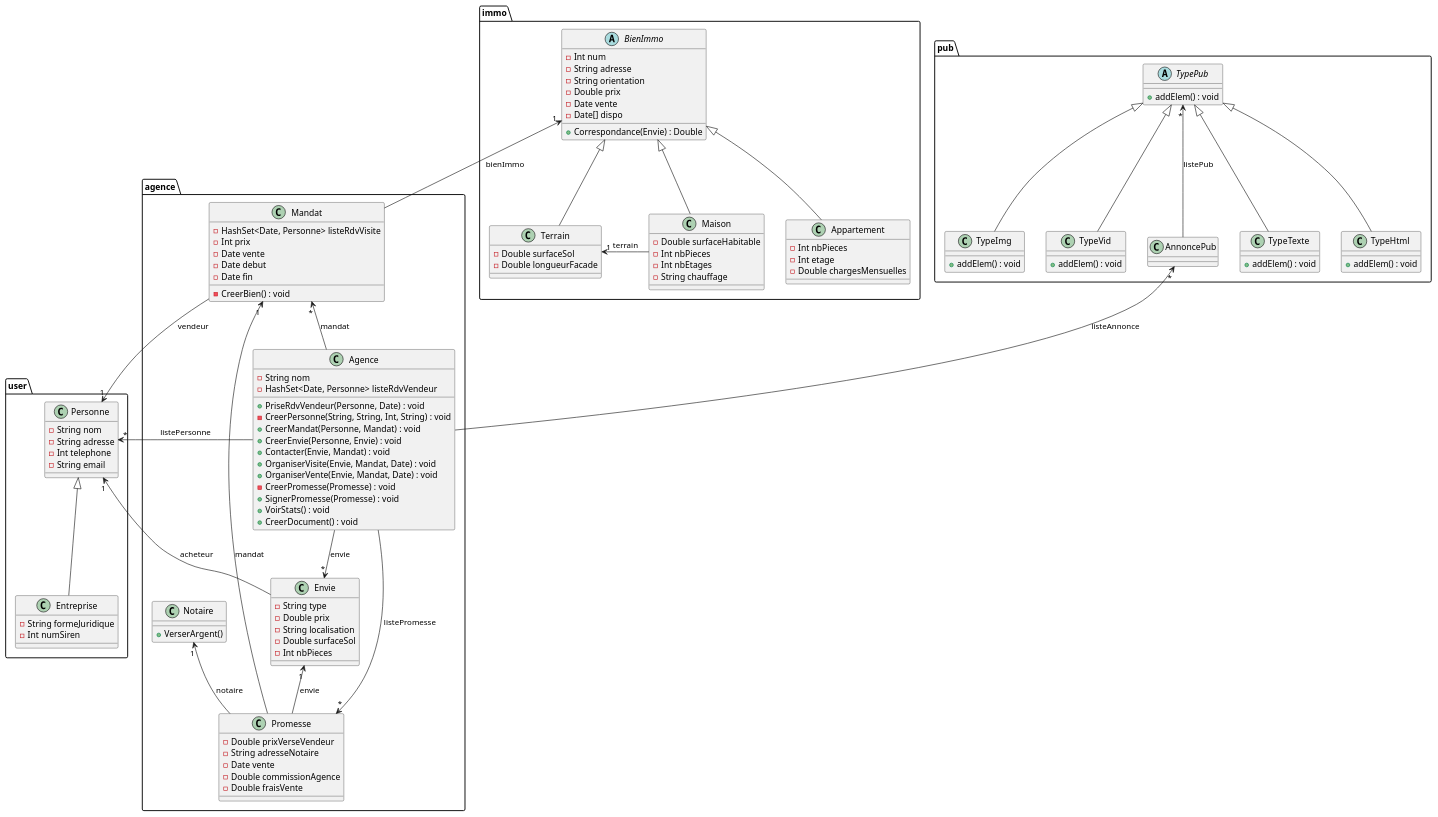
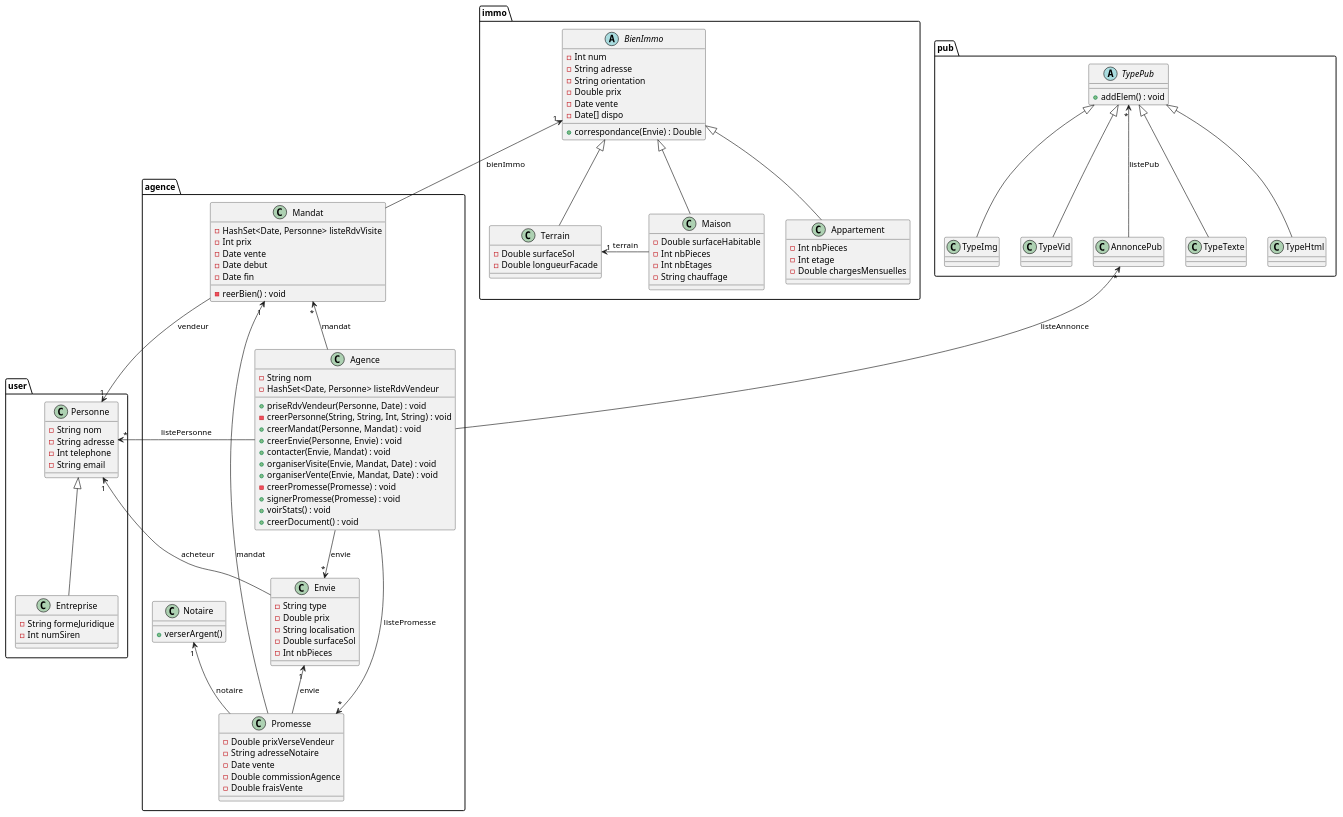
Before and after one commit to DenisGuiraudet/MIASHS_UML_PTUT: the diagram in DOC/UML/diagClass.plantuml, drawn with PlantUML. The commit also changed 4 other files, not shown here.

```diff
--- a/DOC/UML/diagClass.plantuml
+++ b/DOC/UML/diagClass.plantuml
@@ -2,159 +2,155 @@
 @startuml
 
 package user {
 
   class Personne {
     -String nom
     -String adresse
     -Int telephone
     -String email
   }
 
   class Entreprise {
     -String formeJuridique
     -Int numSiren
   }
 
   Entreprise -up-|> Personne
 
 }
 
 package agence {
 
   class Agence {
     -String nom
     -HashSet<Date, Personne> listeRdvVendeur
-    +PriseRdvVendeur(Personne, Date) : void
-    -CreerPersonne(String, String, Int, String) : void
-    +CreerMandat(Personne, Mandat) : void
-    +CreerEnvie(Personne, Envie) : void
-    +Contacter(Envie, Mandat) : void
-    +OrganiserVisite(Envie, Mandat, Date) : void
-    +OrganiserVente(Envie, Mandat, Date) : void
-    -CreerPromesse(Promesse) : void
-    +SignerPromesse(Promesse) : void
-    +VoirStats() : void
-    +CreerDocument() : void
+    +priseRdvVendeur(Personne, Date) : void
+    -creerPersonne(String, String, Int, String) : void
+    +creerMandat(Personne, Mandat) : void
+    +creerEnvie(Personne, Envie) : void
+    +contacter(Envie, Mandat) : void
+    +organiserVisite(Envie, Mandat, Date) : void
+    +organiserVente(Envie, Mandat, Date) : void
+    -creerPromesse(Promesse) : void
+    +signerPromesse(Promesse) : void
+    +voirStats() : void
+    +creerDocument() : void
   }
 
   Personne "*"<-- Agence : "listePersonne"
 
   class Envie {
     -String type
     -Double prix
     -String localisation
     -Double surfaceSol
     -Int nbPieces
   }
 
   class Mandat {
     -HashSet<Date, Personne> listeRdvVisite
     -Int prix
     -Date vente
     -Date debut
     -Date fin
-    -CreerBien() : void
+    - reerBien() : void
   }
 
   Agence -up->"*" Mandat : "mandat"
   Agence -->"*" Envie : "envie"
 
   Envie -->"1" Personne : "acheteur"
   Mandat -->"1" Personne : "vendeur"
 
   class Promesse {
     -Double prixVerseVendeur
     -String adresseNotaire
     -Date vente
     -Double commissionAgence
     -Double fraisVente
   }
 
   Agence -->"*" Promesse : "listePromesse"
   Mandat "1"<-- Promesse : "mandat"
   Envie "1"<-- Promesse : "envie"
 
   class Notaire {
-    +VerserArgent()
+    +verserArgent()
   }
 
   Notaire "1"<-- Promesse : "notaire"
 
 }
 
 package pub {
 
   class AnnoncePub {
   }
 
   AnnoncePub "*"<-- Agence : "listeAnnonce"
   TypePub "*"<-down- AnnoncePub : "listePub"
 
   abstract class TypePub {
     +addElem() : void
   }
 
   class TypeTexte {
-    +addElem() : void
   }
 
   class TypeHtml {
-    +addElem() : void
   }
 
   class TypeImg {
-    +addElem() : void
   }
 
   class TypeVid {
-    +addElem() : void
   }
 
   TypeTexte -up-|> TypePub
   TypeHtml -up-|> TypePub
   TypeImg -up-|> TypePub
   TypeVid -up-|> TypePub
 
 }
 
 package immo {
 
   abstract class BienImmo {
     -Int num
     -String adresse
     -String orientation
     -Double prix
     -Date vente
     -Date[] dispo
-    +Correspondance(Envie) : Double
+    +correspondance(Envie) : Double
   }
 
   class Terrain {
     -Double surfaceSol
     -Double longueurFacade
   }
 
   class Maison {
     -Double surfaceHabitable
     -Int nbPieces
     -Int nbEtages
     -String chauffage
   }
 
   class Appartement {
     -Int nbPieces
     -Int etage
     -Double chargesMensuelles
   }
 
   BienImmo "1"<-- Mandat : "bienImmo"
 
   Terrain -up-|> BienImmo
   Maison -up-|> BienImmo
   Appartement -up-|> BienImmo
 
   Maison -left->"1" Terrain : "terrain"
 
 }
 
 @enduml
```
